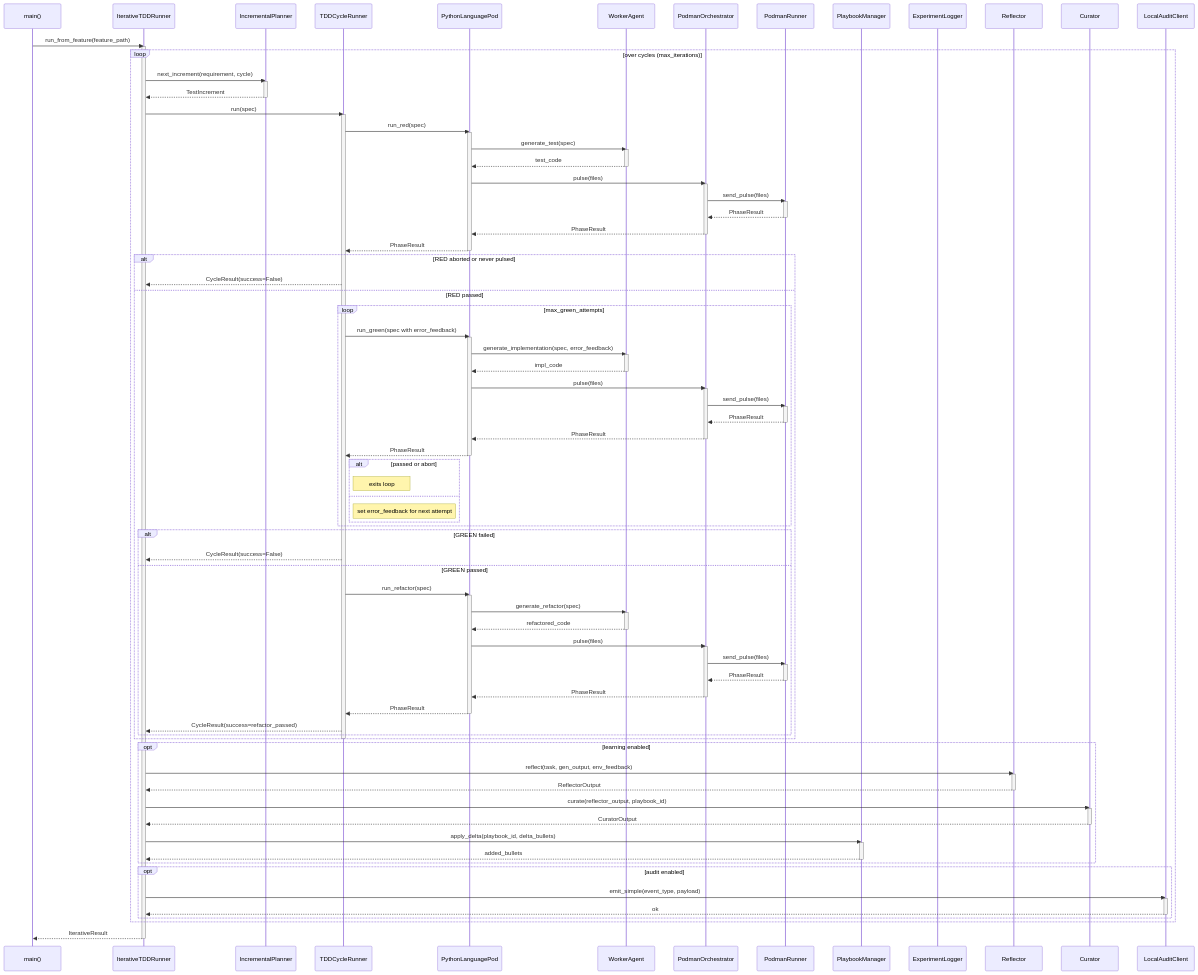
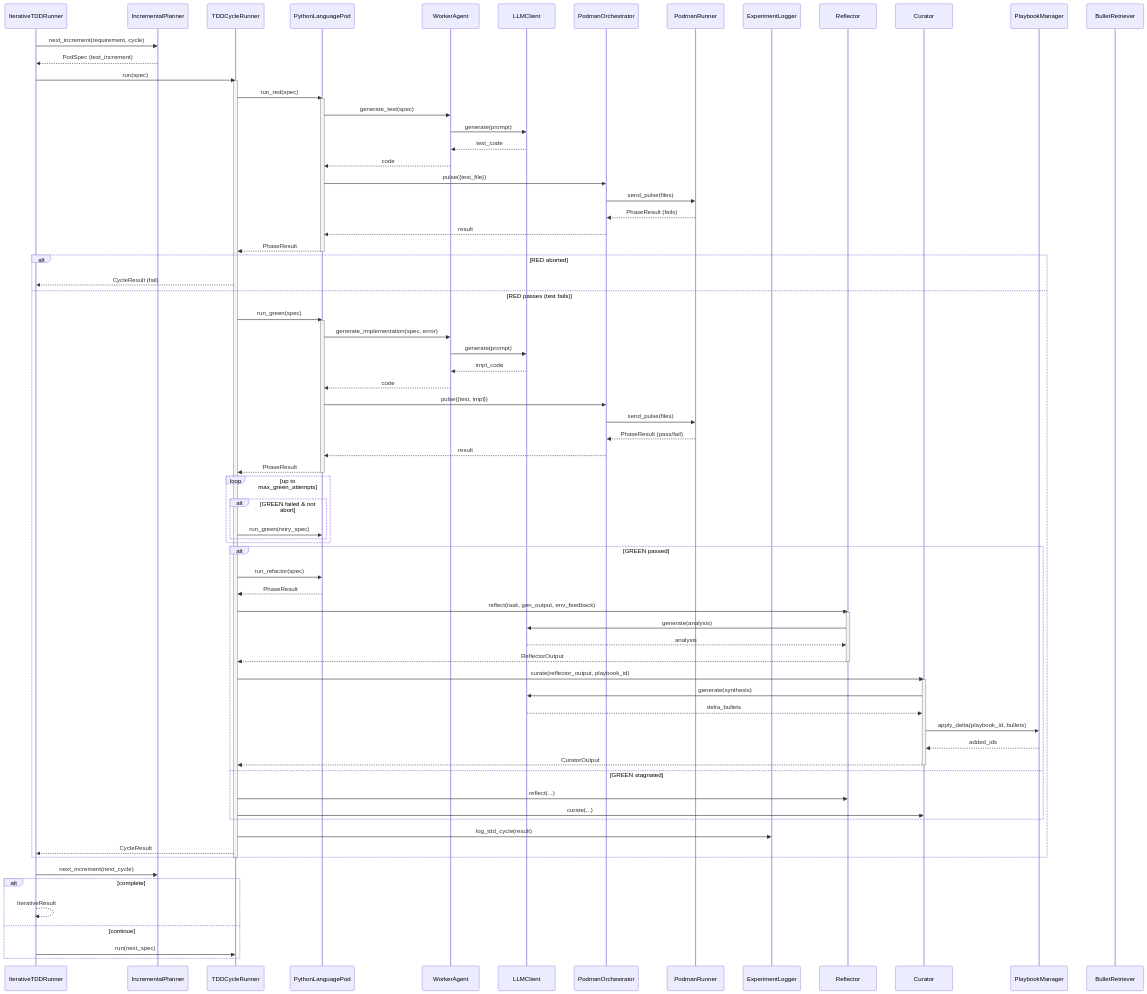
Before and after one commit to carlhuxley/ace_enterprise: the diagram in docs/SYSTEM_ARCHITECTURE.md, drawn with Mermaid. The commit also changed other lines of this file and 5 other files, not shown here.

````diff
--- a/docs/SYSTEM_ARCHITECTURE.md
+++ b/docs/SYSTEM_ARCHITECTURE.md
@@ -43,114 +39,90 @@
 ```mermaid
 sequenceDiagram
-    participant Main as main()
     participant Runner as IterativeTDDRunner
     participant Planner as IncrementalPlanner
-    participant Cycle as TDDCycleRunner
+    participant CycleRunner as TDDCycleRunner
     participant Pod as PythonLanguagePod
     participant Worker as WorkerAgent
-    participant Orch as PodmanOrchestrator
-    participant Cont as PodmanRunner
+    participant LLM as LLMClient
+    participant Orchestrator as PodmanOrchestrator
+    participant Container as PodmanRunner
+    participant Logger as ExperimentLogger
+    participant Reflector as Reflector
+    participant Curator as Curator
     participant Playbook as PlaybookManager
-    participant Logger as ExperimentLogger
-    participant Reflect as Reflector
-    participant Curate as Curator
-    participant Audit as LocalAuditClient
+    participant Retriever as BulletRetriever
 
-    Main->>Runner: run_from_feature(feature_path)
-    activate Runner
-    loop over cycles (max_iterations)
-        Runner->>Planner: next_increment(requirement, cycle)
-        activate Planner
-        Planner-->>Runner: TestIncrement
-        deactivate Planner
-        Runner->>Cycle: run(spec)
-        activate Cycle
-        Cycle->>Pod: run_red(spec)
+    Runner->>Planner: next_increment(requirement, cycle)
+    Planner-->>Runner: PodSpec (test_increment)
+    Runner->>CycleRunner: run(spec)
+    
+    activate CycleRunner
+    CycleRunner->>Pod: run_red(spec)
+    activate Pod
+    Pod->>Worker: generate_test(spec)
+    Worker->>LLM: generate(prompt)
+    LLM-->>Worker: test_code
+    Worker-->>Pod: code
+    Pod->>Orchestrator: pulse({test_file})
+    Orchestrator->>Container: send_pulse(files)
+    Container-->>Orchestrator: PhaseResult (fails)
+    Orchestrator-->>Pod: result
+    Pod-->>CycleRunner: PhaseResult
+    deactivate Pod
+
+    alt RED aborted
+        CycleRunner-->>Runner: CycleResult (fail)
+    else RED passes (test fails)
+        CycleRunner->>Pod: run_green(spec)
         activate Pod
-        Pod->>Worker: generate_test(spec)
-        activate Worker
-        Worker-->>Pod: test_code
-        deactivate Worker
-        Pod->>Orch: pulse(files)
-        activate Orch
-        Orch->>Cont: send_pulse(files)
-        activate Cont
-        Cont-->>Orch: PhaseResult
-        deactivate Cont
-        Orch-->>Pod: PhaseResult
-        deactivate Orch
-        Pod-->>Cycle: PhaseResult
+        Pod->>Worker: generate_implementation(spec, error)
+        Worker->>LLM: generate(prompt)
+        LLM-->>Worker: impl_code
+        Worker-->>Pod: code
+        Pod->>Orchestrator: pulse({test, impl})
+        Orchestrator->>Container: send_pulse(files)
+        Container-->>Orchestrator: PhaseResult (pass/fail)
+        Orchestrator-->>Pod: result
+        Pod-->>CycleRunner: PhaseResult
         deactivate Pod
-        alt RED aborted or never pulsed
-            Cycle-->>Runner: CycleResult(success=False)
-        else RED passed
-            loop max_green_attempts
-                Cycle->>Pod: run_green(spec with error_feedback)
-                activate Pod
-                Pod->>Worker: generate_implementation(spec, error_feedback)
-                activate Worker
-                Worker-->>Pod: impl_code
-                deactivate Worker
-                Pod->>Orch: pulse(files)
-                activate Orch
-                Orch->>Cont: send_pulse(files)
-                activate Cont
-                Cont-->>Orch: PhaseResult
-                deactivate Cont
-                Orch-->>Pod: PhaseResult
-                deactivate Orch
-                Pod-->>Cycle: PhaseResult
-                deactivate Pod
-                alt passed or abort
-                    Note right of Cycle: exits loop
-                else
-                    Note right of Cycle: set error_feedback for next attempt
-                end
-            end
-            alt GREEN failed
-                Cycle-->>Runner: CycleResult(success=False)
-            else GREEN passed
-                Cycle->>Pod: run_refactor(spec)
-                activate Pod
-                Pod->>Worker: generate_refactor(spec)
-                activate Worker
-                Worker-->>Pod: refactored_code
-                deactivate Worker
-                Pod->>Orch: pulse(files)
-                activate Orch
-                Orch->>Cont: send_pulse(files)
-                activate Cont
-                Cont-->>Orch: PhaseResult
-                deactivate Cont
-                Orch-->>Pod: PhaseResult
-                deactivate Orch
-                Pod-->>Cycle: PhaseResult
-                deactivate Pod
-                Cycle-->>Runner: CycleResult(success=refactor_passed)
+
+        loop up to max_green_attempts
+            alt GREEN failed & not abort
+                CycleRunner->>Pod: run_green(retry_spec)
             end
         end
-        deactivate Cycle
-        opt learning enabled
-            Runner->>Reflect: reflect(task, gen_output, env_feedback)
-            activate Reflect
-            Reflect-->>Runner: ReflectorOutput
-            deactivate Reflect
-            Runner->>Curate: curate(reflector_output, playbook_id)
-            activate Curate
-            Curate-->>Runner: CuratorOutput
-            deactivate Curate
-            Runner->>Playbook: apply_delta(playbook_id, delta_bullets)
-            activate Playbook
-            Playbook-->>Runner: added_bullets
-            deactivate Playbook
+
+        alt GREEN passed
+            CycleRunner->>Pod: run_refactor(spec)
+            Pod-->>CycleRunner: PhaseResult
+            CycleRunner->>Reflector: reflect(task, gen_output, env_feedback)
+            activate Reflector
+            Reflector->>LLM: generate(analysis)
+            LLM-->>Reflector: analysis
+            Reflector-->>CycleRunner: ReflectorOutput
+            deactivate Reflector
+            CycleRunner->>Curator: curate(reflector_output, playbook_id)
+            activate Curator
+            Curator->>LLM: generate(synthesis)
+            LLM-->>Curator: delta_bullets
+            Curator->>Playbook: apply_delta(playbook_id, bullets)
+            Playbook-->>Curator: added_ids
+            Curator-->>CycleRunner: CuratorOutput
+            deactivate Curator
+        else GREEN stagnated
+            CycleRunner->>Reflector: reflect(...)
+            CycleRunner->>Curator: curate(...)
         end
-        opt audit enabled
-            Runner->>Audit: emit_simple(event_type, payload)
-            activate Audit
-            Audit-->>Runner: ok
-            deactivate Audit
-        end
+
+        CycleRunner->>Logger: log_tdd_cycle(result)
+        CycleRunner-->>Runner: CycleResult
     end
-    Runner-->>Main: IterativeResult
-    deactivate Runner
+    deactivate CycleRunner
+
+    Runner->>Planner: next_increment(next_cycle)
+    alt complete
+        Runner-->>Runner: IterativeResult
+    else continue
+        Runner->>CycleRunner: run(next_spec)
+    end
 ```
````
